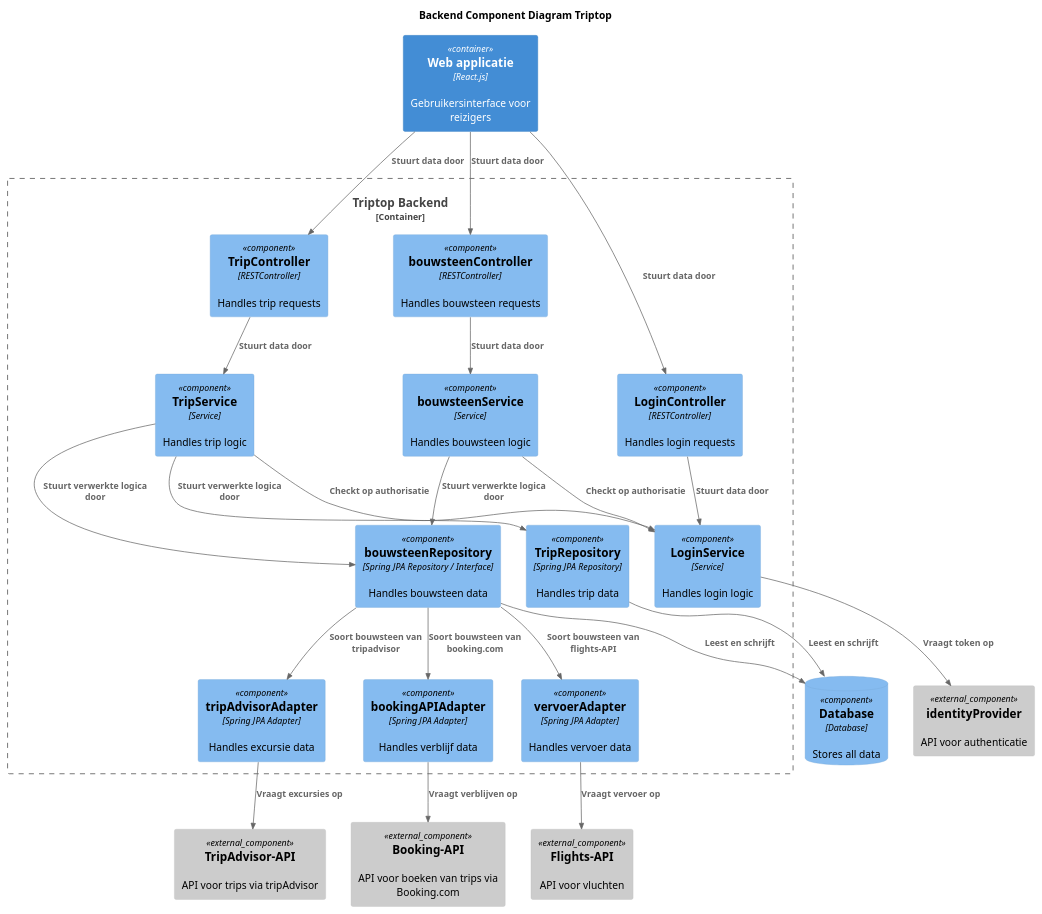
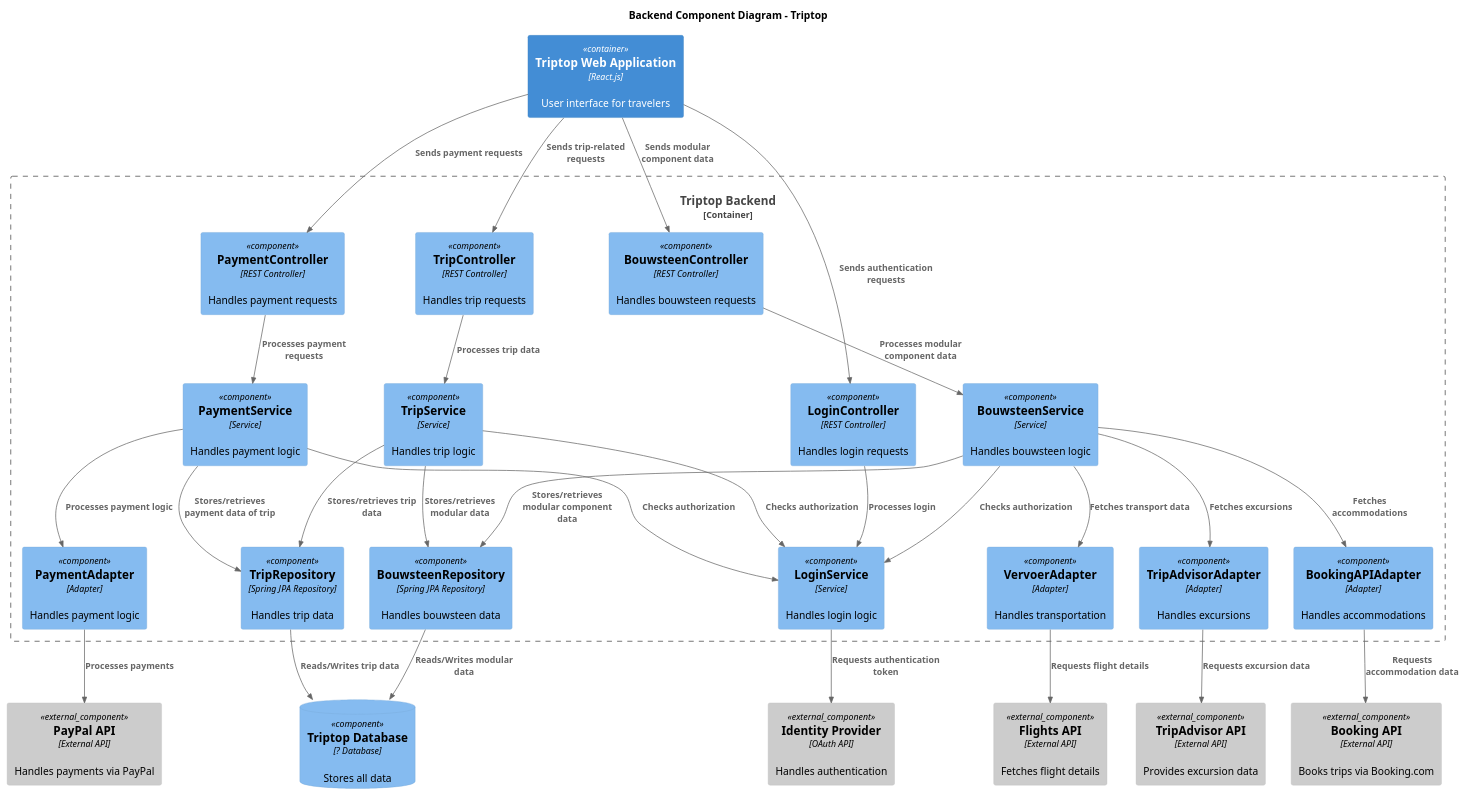
Before and after one commit to AIM-ENE-feb25/triptop-inshallahboys: the diagram in Week2/Les3/Chris/component-Diagram.puml, drawn with PlantUML. The commit also changed 1 other file, not shown here.

Commit message:
Klassendiagram

```diff
--- a/Week2/Les3/Chris/component-Diagram.puml
+++ b/Week2/Les3/Chris/component-Diagram.puml
@@ -1,71 +1,79 @@
 @startuml
 !include https://raw.githubusercontent.com/plantuml-stdlib/C4-PlantUML/master/C4_Component.puml
 
-title Backend Component Diagram Triptop
+title Backend Component Diagram - Triptop
 
 Container_Boundary(backend, "Triptop Backend") {
 
-    ' Inloggen van reizigers
-    Component(loginController, "LoginController", "RESTController", "Handles login requests")
+    ' Payment systems
+    Component(paymentController, "PaymentController", "REST Controller", "Handles payment requests")
+    Component(paymentService, "PaymentService", "Service", "Handles payment logic")
+    Component(paymentAdapter, "PaymentAdapter", "Adapter", "Handles payment logic")
+
+    ' Login System
+    Component(loginController, "LoginController", "REST Controller", "Handles login requests")
     Component(loginService, "LoginService", "Service", "Handles login logic")
 
-
-
-    ' Alle bouwstenen bij elkaar
-    Component(tripController, "TripController", "RESTController", "Handles trip requests")
+    ' Trip Management
+    Component(tripController, "TripController", "REST Controller", "Handles trip requests")
     Component(tripService, "TripService", "Service", "Handles trip logic")
     Component(tripRepository, "TripRepository", "Spring JPA Repository", "Handles trip data")
 
+    ' Modular Components (Bouwstenen)
+    Component(bouwsteenController, "BouwsteenController", "REST Controller", "Handles bouwsteen requests")
+    Component(bouwsteenService, "BouwsteenService", "Service", "Handles bouwsteen logic")
+    Component(bouwsteenRepository, "BouwsteenRepository", "Spring JPA Repository", "Handles bouwsteen data")
 
-    ' 1 enkele bouwsteen
-    Component(bouwsteenController, "bouwsteenController", "RESTController", "Handles bouwsteen requests")
-    Component(bouwsteenService, "bouwsteenService", "Service", "Handles bouwsteen logic")
-    Component(bouwsteenRepository, "bouwsteenRepository", "Spring JPA Repository / Interface", "Handles bouwsteen data")
-    Component(tripAdvisorAdapter, "tripAdvisorAdapter", "Spring JPA Adapter", "Handles excursie data")
-    Component(bookingAPIAdapter, "bookingAPIAdapter", "Spring JPA Adapter", "Handles verblijf data")
-    Component(vervoerAdapter, "vervoerAdapter", "Spring JPA Adapter", "Handles vervoer data")
-
-
+    ' External API Adapters
+    Component(tripAdvisorAdapter, "TripAdvisorAdapter", "Adapter", "Handles excursions")
+    Component(bookingAPIAdapter, "BookingAPIAdapter", "Adapter", "Handles accommodations")
+    Component(vervoerAdapter, "VervoerAdapter", "Adapter", "Handles transportation")
 }
 
-' Webapplicatie
-Container(webApp, "Web applicatie", "React.js", "Gebruikersinterface voor reizigers")
+' Frontend
+Container(webApp, "Triptop Web Application", "React.js", "User interface for travelers")
 
-' External systemen (API's) en Database
-ComponentDb(DB, "Database", "Database", "Stores all data")
-Component_Ext(identityProvider, "identityProvider", "", "API voor authenticatie")
-Component_Ext(bookingAPI, "Booking-API", "", "API voor boeken van trips via Booking.com")
-Component_Ext(tripAdvisor, "TripAdvisor-API", "", "API voor trips via tripAdvisor")
-Component_Ext(flightsAPI, "Flights-API", "", "API voor vluchten")
+' External Systems & Database
+ComponentDb(database, "Triptop Database", "? Database", "Stores all data")
+Component_Ext(identityProvider, "Identity Provider", "OAuth API", "Handles authentication")
+Component_Ext(bookingAPI, "Booking API", "External API", "Books trips via Booking.com")
+Component_Ext(tripAdvisor, "TripAdvisor API", "External API", "Provides excursion data")
+Component_Ext(flightsAPI, "Flights API", "External API", "Fetches flight details")
+Component_Ext(paypalAPI, "PayPal API", "External API", "Handles payments via PayPal")
 
+' Relationships
+Rel(webApp, loginController, "Sends authentication requests")
+Rel(webApp, tripController, "Sends trip-related requests")
+Rel(webApp, bouwsteenController, "Sends modular component data")
+Rel(webApp, paymentController, "Sends payment requests")
 
-Rel(webApp, bouwsteenController, "Stuurt data door")
-Rel(webApp, tripController, "Stuurt data door")
-Rel(webApp, loginController, "Stuurt data door")
+Rel(loginController, loginService, "Processes login")
+Rel(loginService, identityProvider, "Requests authentication token")
 
-Rel(loginController, loginService, "Stuurt data door")
-Rel(loginService, identityProvider, "Vraagt token op")
+Rel(tripController, tripService, "Processes trip data")
+Rel(tripService, tripRepository, "Stores/retrieves trip data")
+Rel(tripService, bouwsteenRepository, "Stores/retrieves modular data")
+Rel(tripService, loginService, "Checks authorization")
 
-Rel(tripController, tripService, "Stuurt data door")
-Rel(tripService, bouwsteenRepository, "Stuurt verwerkte logica door")
-Rel(tripService, tripRepository, "Stuurt verwerkte logica door")
-Rel(tripService, loginService, "Checkt op authorisatie")
+Rel(bouwsteenController, bouwsteenService, "Processes modular component data")
+Rel(bouwsteenService, bouwsteenRepository, "Stores/retrieves modular component data")
+Rel(bouwsteenService, loginService, "Checks authorization")
 
-Rel(bouwsteenController, bouwsteenService, "Stuurt data door")
-Rel(bouwsteenService, bouwsteenRepository, "Stuurt verwerkte logica door")
-Rel(bouwsteenService, loginService, "Checkt op authorisatie")
+Rel(bouwsteenService, tripAdvisorAdapter, "Fetches excursions")
+Rel(bouwsteenService, bookingAPIAdapter, "Fetches accommodations")
+Rel(bouwsteenService, vervoerAdapter, "Fetches transport data")
 
-Rel(bouwsteenRepository, tripAdvisorAdapter, "Soort bouwsteen van tripadvisor")
-Rel(bouwsteenRepository, bookingAPIAdapter, "Soort bouwsteen van booking.com")
-Rel(bouwsteenRepository, vervoerAdapter, "Soort bouwsteen van flights-API")
+Rel(tripRepository, database, "Reads/Writes trip data")
+Rel(bouwsteenRepository, database, "Reads/Writes modular data")
 
-Rel(tripRepository, DB, "Leest en schrijft")
-Rel(bouwsteenRepository, DB, "Leest en schrijft")
+Rel(tripAdvisorAdapter, tripAdvisor, "Requests excursion data")
+Rel(bookingAPIAdapter, bookingAPI, "Requests accommodation data")
+Rel(vervoerAdapter, flightsAPI, "Requests flight details")
 
-Rel(tripAdvisorAdapter, tripAdvisor, "Vraagt excursies op")
-Rel(bookingAPIAdapter, bookingAPI, "Vraagt verblijven op")
-Rel(vervoerAdapter, flightsAPI, "Vraagt vervoer op")
-
-
+Rel(paymentController, paymentService, "Processes payment requests")
+Rel(paymentService, paymentAdapter, "Processes payment logic")
+Rel(paymentService, tripRepository, "Stores/retrieves payment data of trip")
+Rel(paymentService, loginService, "Checks authorization")
+Rel(paymentAdapter, paypalAPI, "Processes payments")
 
 @enduml
```
